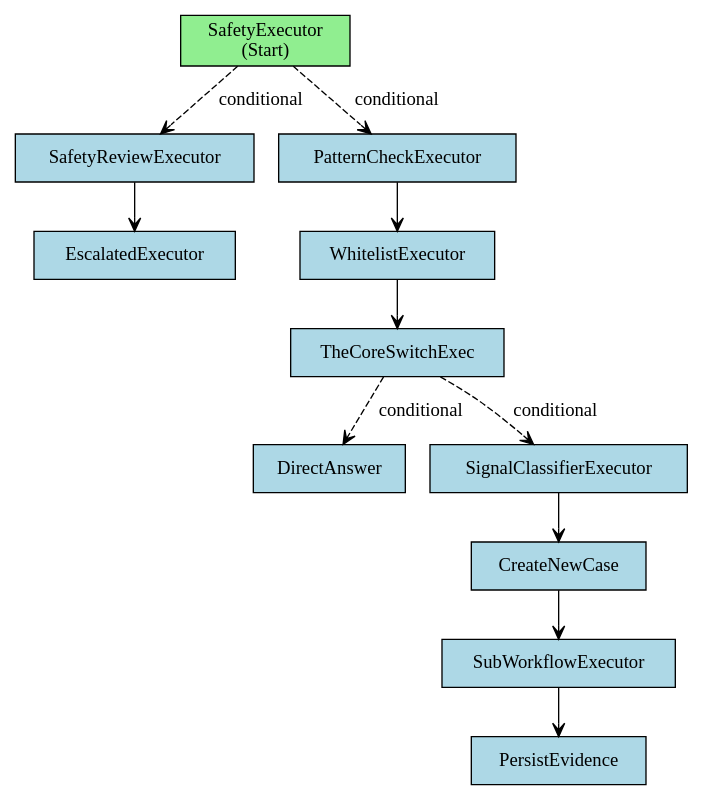
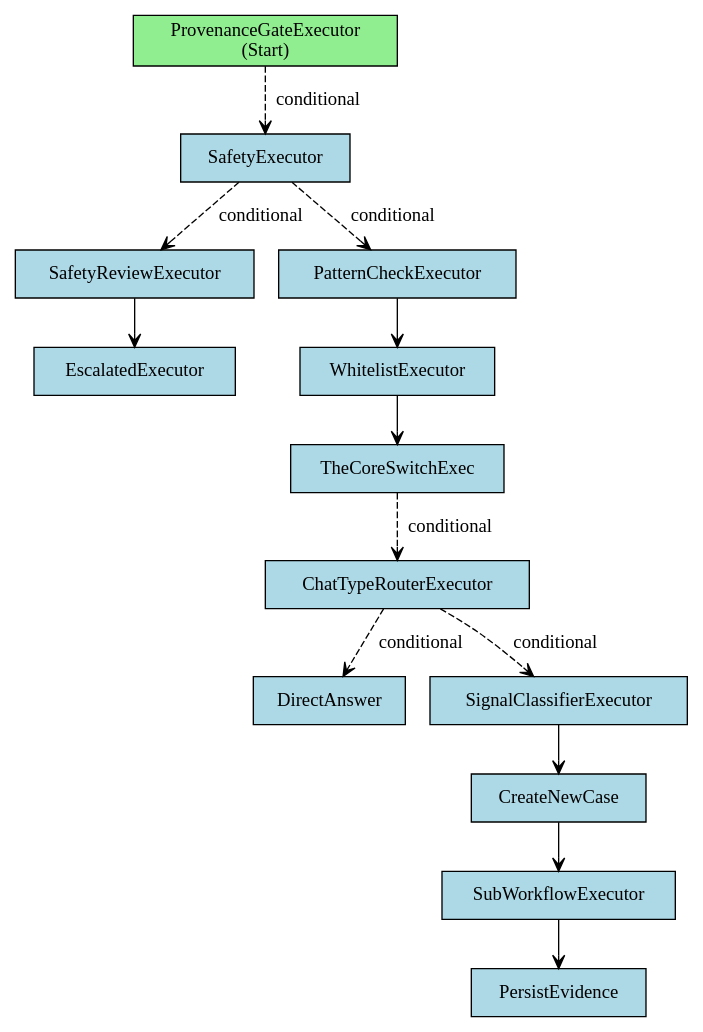
Before and after one commit to KyleC69/SentinelCore: the diagram in projects/SentinelCore.Orchestrations/Workflows/workflow.dot, drawn with Graphviz. The commit also changed 264 other files, not shown here.

```diff
--- a/projects/SentinelCore.Orchestrations/Workflows/workflow.dot
+++ b/projects/SentinelCore.Orchestrations/Workflows/workflow.dot
@@ -1,27 +1,31 @@
 digraph Workflow {
   rankdir=TD;
   node [shape=box, style=filled, fillcolor=lightblue];
   edge [color=black, arrowhead=vee];
 
-  "SafetyExecutor" [fillcolor=lightgreen, label="SafetyExecutor\n(Start)"];
+  "ProvenanceGateExecutor" [fillcolor=lightgreen, label="ProvenanceGateExecutor\n(Start)"];
+  "SafetyExecutor" [label="SafetyExecutor"];
   "SafetyReviewExecutor" [label="SafetyReviewExecutor"];
   "PatternCheckExecutor" [label="PatternCheckExecutor"];
   "EscalatedExecutor" [label="EscalatedExecutor"];
   "WhitelistExecutor" [label="WhitelistExecutor"];
   "TheCoreSwitchExec" [label="TheCoreSwitchExec"];
+  "ChatTypeRouterExecutor" [label="ChatTypeRouterExecutor"];
   "DirectAnswer" [label="DirectAnswer"];
   "SignalClassifierExecutor" [label="SignalClassifierExecutor"];
   "CreateNewCase" [label="CreateNewCase"];
   "SubWorkflowExecutor" [label="SubWorkflowExecutor"];
   "PersistEvidence" [label="PersistEvidence"];
+  "ProvenanceGateExecutor" -> "SafetyExecutor" [style=dashed, label="conditional"];
   "SafetyExecutor" -> "SafetyReviewExecutor" [style=dashed, label="conditional"];
   "SafetyExecutor" -> "PatternCheckExecutor" [style=dashed, label="conditional"];
   "SafetyReviewExecutor" -> "EscalatedExecutor";
   "PatternCheckExecutor" -> "WhitelistExecutor";
   "WhitelistExecutor" -> "TheCoreSwitchExec";
-  "TheCoreSwitchExec" -> "DirectAnswer" [style=dashed, label="conditional"];
-  "TheCoreSwitchExec" -> "SignalClassifierExecutor" [style=dashed, label="conditional"];
+  "TheCoreSwitchExec" -> "ChatTypeRouterExecutor" [style=dashed, label="conditional"];
+  "ChatTypeRouterExecutor" -> "DirectAnswer" [style=dashed, label="conditional"];
+  "ChatTypeRouterExecutor" -> "SignalClassifierExecutor" [style=dashed, label="conditional"];
   "SignalClassifierExecutor" -> "CreateNewCase";
   "CreateNewCase" -> "SubWorkflowExecutor";
   "SubWorkflowExecutor" -> "PersistEvidence";
 }
```
